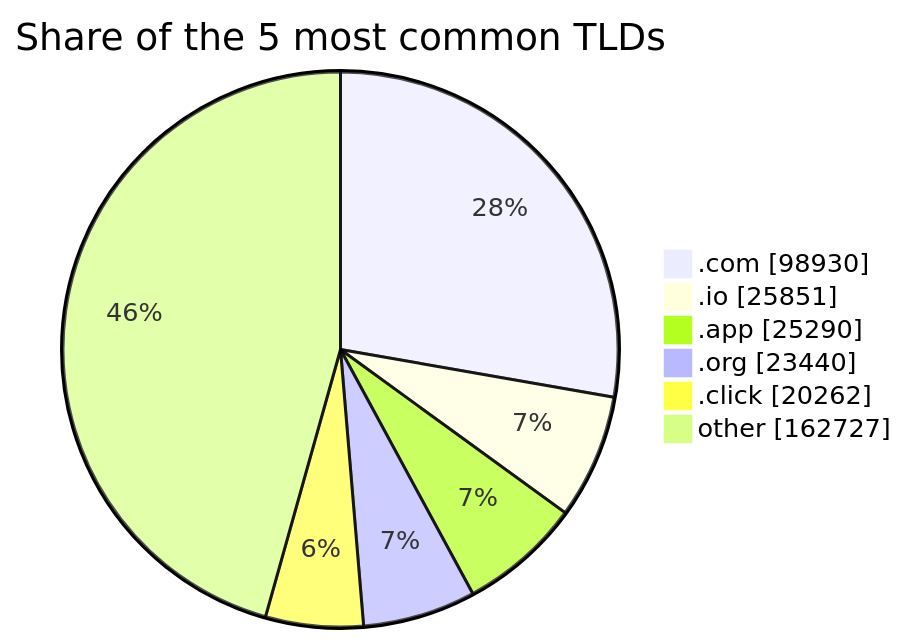
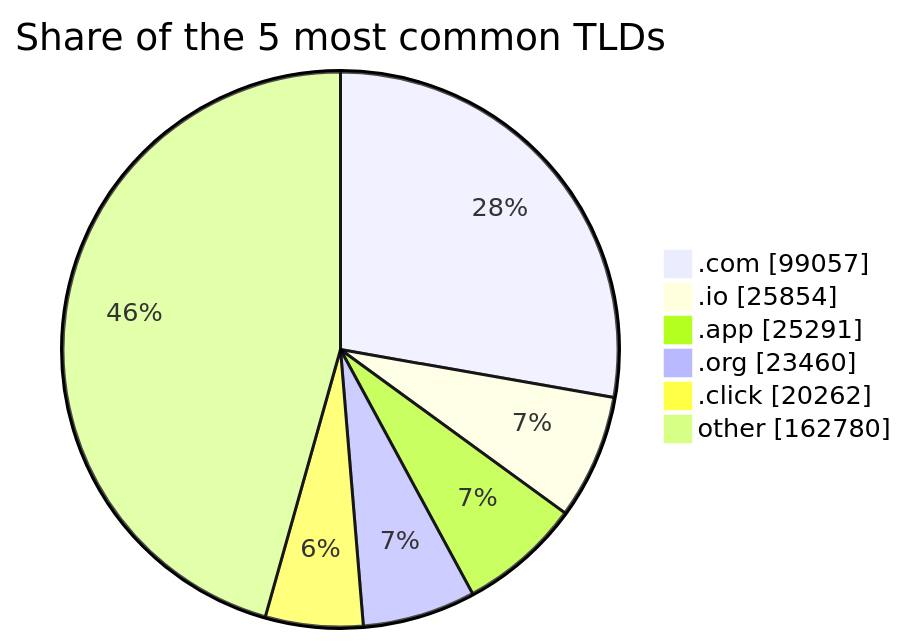
One commit to DNSBunker/CTI changed the third of 3 diagrams in README.md. Above: the diagram before and after it, drawn with Mermaid. The commit also changed other lines of this file and 3 other files, not shown here.

````diff
--- a/README.md
+++ b/README.md
@@ -81,9 +81,9 @@
 ```mermaid
 pie showData title Share of the 5 most common TLDs
-    ".com" : 98930
-    ".io" : 25851
-    ".app" : 25290
-    ".org" : 23440
+    ".com" : 99057
+    ".io" : 25854
+    ".app" : 25291
+    ".org" : 23460
     ".click" : 20262
-    "other" : 162727
+    "other" : 162780
 ```
````
